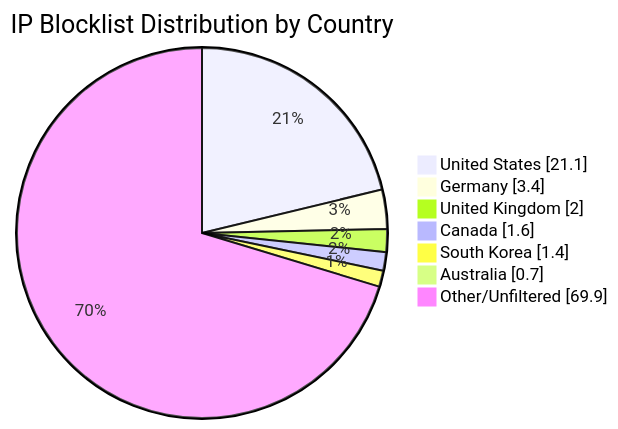
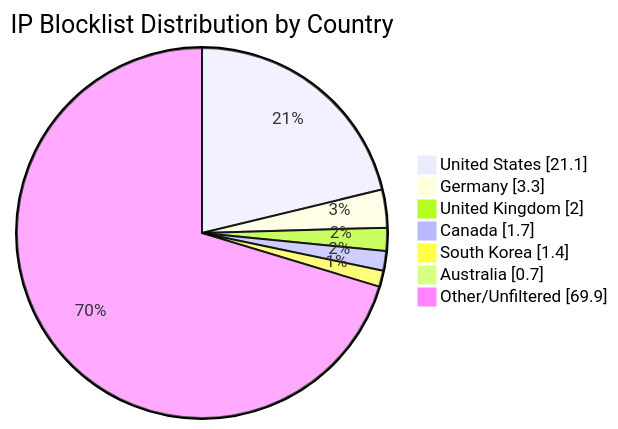
One commit to MarcusHoltz/ipblocklist-geofiltered-aggregator changed the diagram in README.md. Above: the diagram before and after it, drawn with Mermaid. The commit also changed other lines of this file and 9 other files, not shown here.

````diff
--- a/README.md
+++ b/README.md
@@ -34,10 +34,10 @@
 ```mermaid
 pie showData title IP Blocklist Distribution by Country
 "United States" : 21.1
-"Germany" : 3.4
+"Germany" : 3.3
 "United Kingdom" : 2.0
-"Canada" : 1.6
+"Canada" : 1.7
 "South Korea" : 1.4
 "Australia" : 0.7
 "Other/Unfiltered" : 69.9
 ```
````
